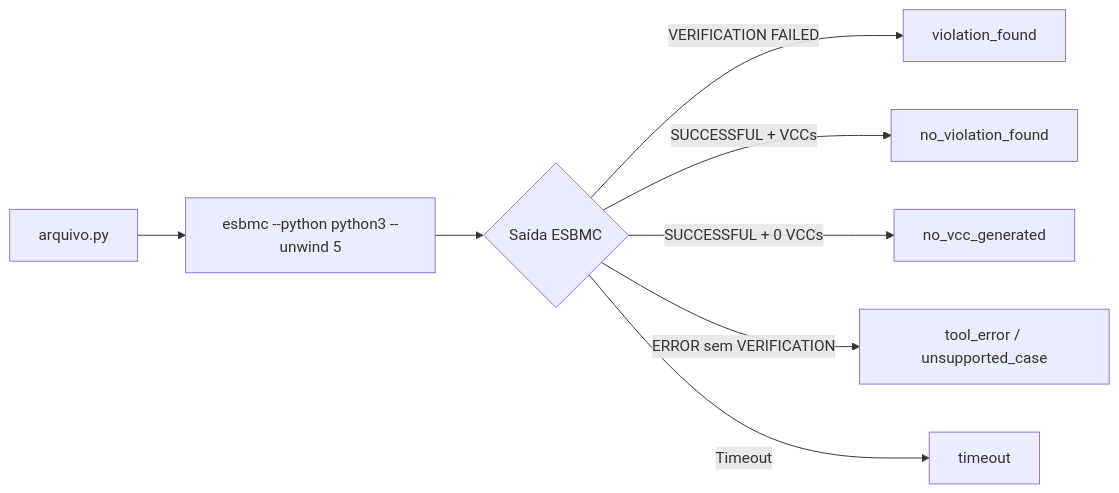
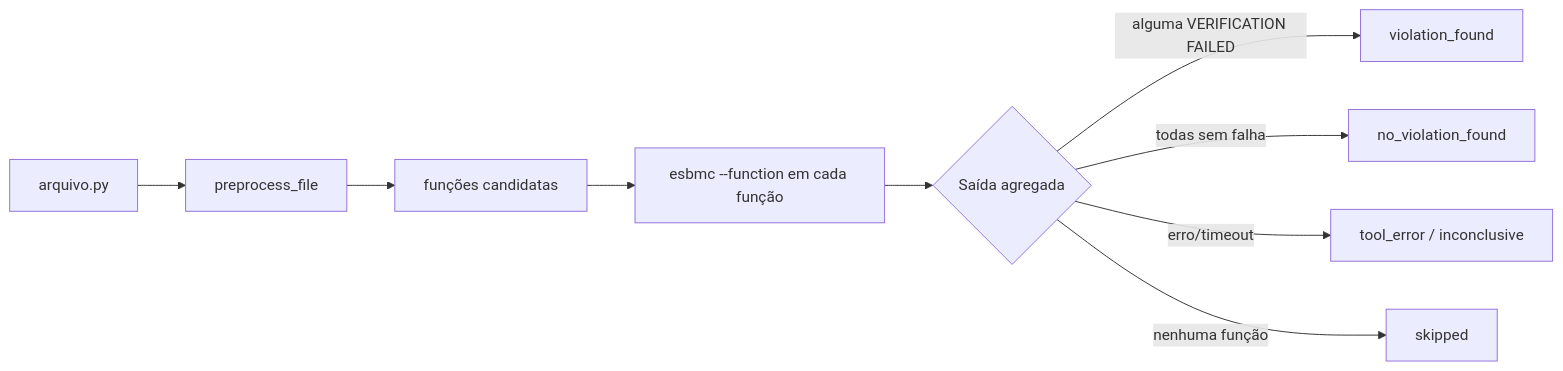
The second of 4 diagrams in docs/pipeline_flow.md (feralice/llm-esbmc-pipeline), drawn with Mermaid before and after one commit. The commit also changed other lines of this file and 38 other files, not shown here.

Commit message:
Pipeline refactoring: using the --function  feature in esbmc to simplify the pipeline. esbmc-only workflow, llm+esbmc, and llm-only

````diff
--- a/docs/pipeline_flow.md
+++ b/docs/pipeline_flow.md
@@ -52,10 +43,11 @@
 ```mermaid
 flowchart LR
-    A[arquivo.py] --> B[esbmc --python python3 --unwind 5]
-    B --> C{Saída ESBMC}
-    C -- VERIFICATION FAILED --> VF[violation_found]
-    C -- SUCCESSFUL + VCCs --> NV[no_violation_found]
-    C -- SUCCESSFUL + 0 VCCs --> ZV[no_vcc_generated]
-    C -- ERROR sem VERIFICATION --> TE[tool_error / unsupported_case]
-    C -- Timeout --> TO[timeout]
+    A[arquivo.py] --> B[preprocess_file]
+    B --> C[funções candidatas]
+    C --> D[esbmc --function em cada função]
+    D --> E{Saída agregada}
+    E -- alguma VERIFICATION FAILED --> VF[violation_found]
+    E -- todas sem falha --> NV[no_violation_found]
+    E -- erro/timeout --> TE[tool_error / inconclusive]
+    E -- nenhuma função --> SK[skipped]
 ```
````
